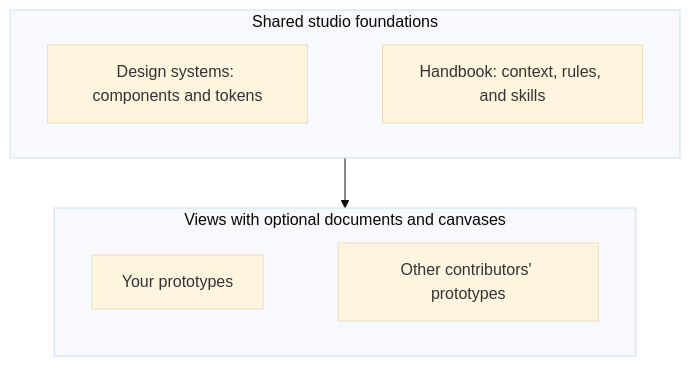
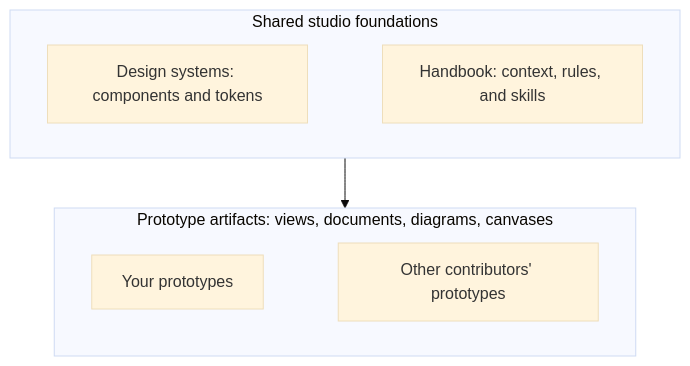
The diagram in src/platform/modules/documentation/pages/index.md (itspatmorgan/design-studio-starter), drawn with Mermaid (base theme) before and after one commit. The commit also changed other lines of this file and 55 other files, not shown here.

Commit message:
Align prototype artifacts across data contracts, tools, and navigation

````diff
--- a/src/platform/modules/documentation/pages/index.md
+++ b/src/platform/modules/documentation/pages/index.md
@@ -27,18 +27,18 @@
 ```mermaid
 flowchart TB
   accTitle: Parts of a studio
-  accDescr: Shared design systems and Handbook context support separate contributor prototypes. Views are core; documents and canvases are optional.
+  accDescr: Shared design systems and Handbook context support separate contributor prototypes. Prototypes hold artifacts: views are core; documents, diagrams, and canvases are optional.
   subgraph shared[Shared studio foundations]
     direction LR
     systems[Design systems: components and tokens]
     handbook[Handbook: context, rules, and skills]
     systems ~~~ handbook
   end
-  subgraph prototypes[Views with optional documents and canvases]
+  subgraph prototypes[Prototype artifacts: views, documents, diagrams, canvases]
     direction LR
     yours[Your prototypes]
     others[Other contributors' prototypes]
     yours ~~~ others
   end
   shared --> prototypes
 ```
````
